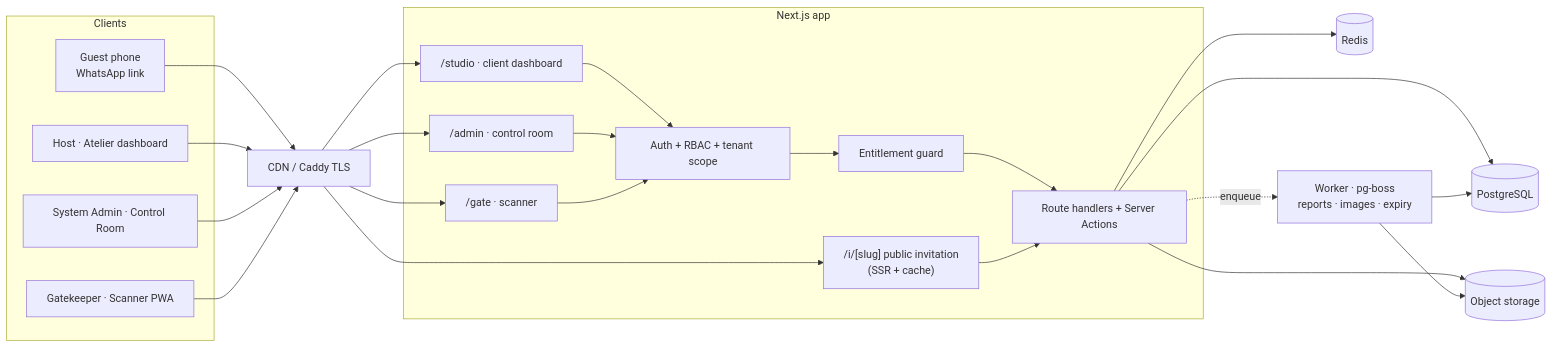
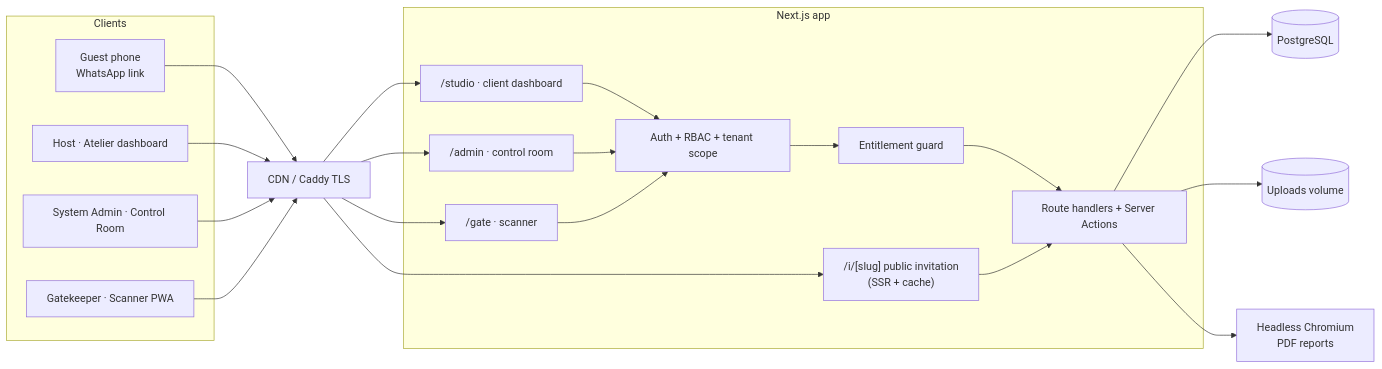
The diagram in docs/ARCHITECTURE.md (A7hraf/Nawat-Invite), drawn with Mermaid before and after one commit. The commit also changed other lines of this file and 152 other files, not shown here.

````diff
--- a/docs/ARCHITECTURE.md
+++ b/docs/ARCHITECTURE.md
@@ -33,35 +29,33 @@
 ```mermaid
 flowchart LR
   subgraph Clients
     G[Guest phone<br/>WhatsApp link]
     H[Host · Atelier dashboard]
     A[System Admin · Control Room]
     K[Gatekeeper · Scanner PWA]
   end
 
   CDN[CDN / Caddy TLS]
   G --> CDN
   H --> CDN
   A --> CDN
   K --> CDN
 
   subgraph App["Next.js app"]
     PUB["/i/[slug] public invitation<br/>(SSR + cache)"]
     STU["/studio · client dashboard"]
     ADM["/admin · control room"]
     GATE["/gate · scanner"]
     API["Route handlers + Server Actions"]
     ENT["Entitlement guard"]
     AUTH["Auth + RBAC + tenant scope"]
   end
 
   CDN --> PUB & STU & ADM & GATE
   STU & ADM & GATE --> AUTH --> ENT --> API
   PUB --> API
 
   API --> PG[(PostgreSQL)]
-  API --> RD[(Redis)]
-  API --> S3[(Object storage)]
-  W[Worker · pg-boss<br/>reports · images · expiry] --> PG & S3
-  API -. enqueue .-> W
+  API --> S3[(Uploads volume)]
+  API --> CH[Headless Chromium<br/>PDF reports]
 ```
````
